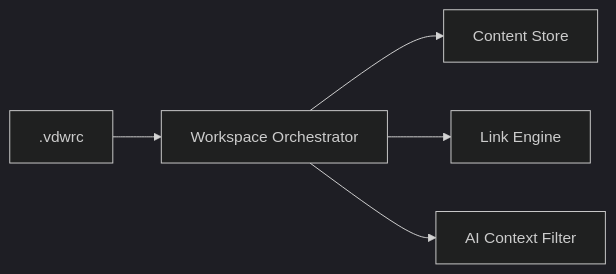
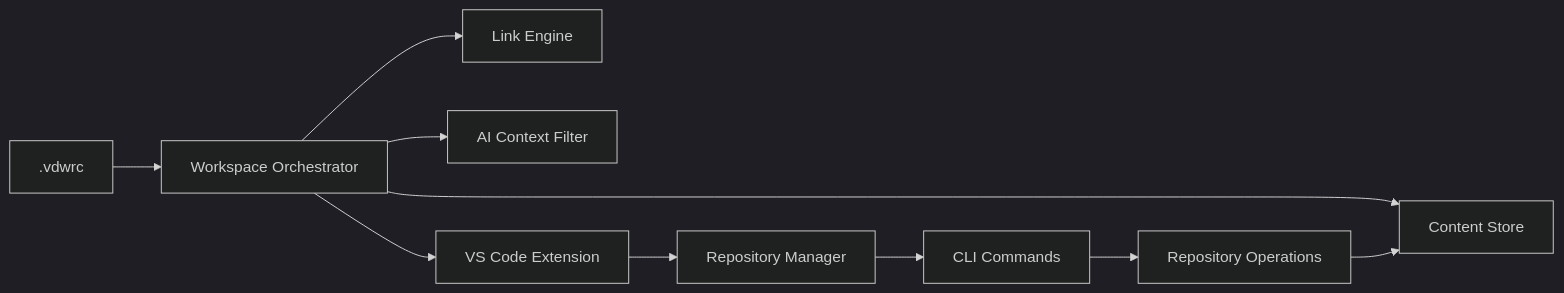
The fourth of 4 diagrams in .qoder/repowiki/en/content/Core Features Documentation/Workspace Configuration Management (.vdwrc).md (HWH-2019/vdw), drawn with Mermaid (dark theme) before and after one commit. The commit also changed other lines of this file and 8 other files, not shown here.

````diff
--- a/.qoder/repowiki/en/content/Core Features Documentation/Workspace Configuration Management (.vdwrc).md
+++ b/.qoder/repowiki/en/content/Core Features Documentation/Workspace Configuration Management (.vdwrc).md
@@ -275,7 +365,12 @@
 ```mermaid
 graph LR
 CFG[".vdwrc"] --> ORCH["Workspace Orchestrator"]
 ORCH --> CS["Content Store"]
 ORCH --> LE["Link Engine"]
 ORCH --> AC["AI Context Filter"]
+ORCH --> VS["VS Code Extension"]
+VS --> RM["Repository Manager"]
+RM --> CLI["CLI Commands"]
+CLI --> REPO["Repository Operations"]
+REPO --> CS
 ```
````
